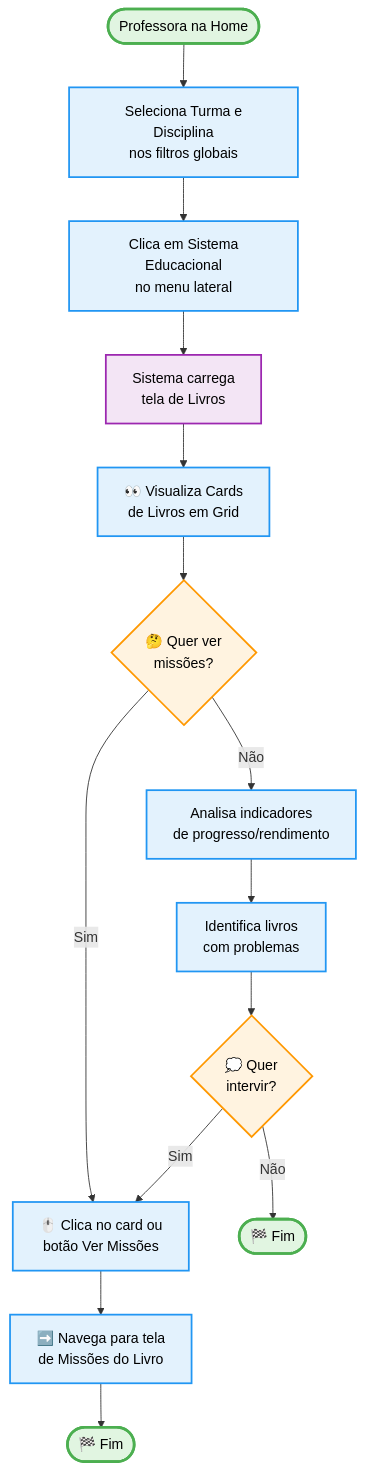
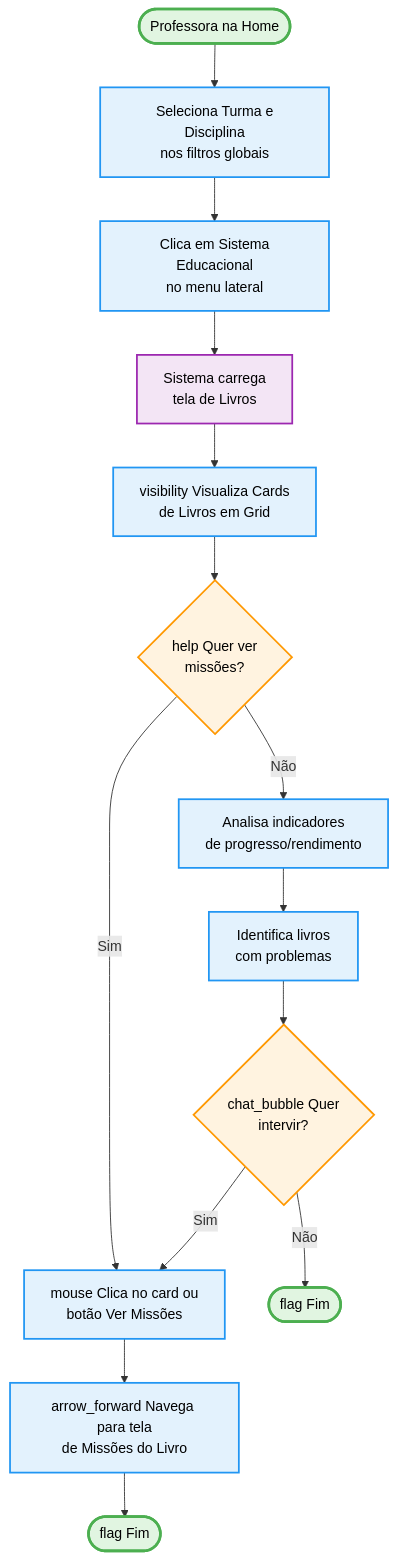
Before and after one commit to fabioeducacross/Ambiente_de_Prototipacao_V5: the diagram in documentation/docs/journeys/teacher/education-system-books.md, drawn with Mermaid. The commit also changed other lines of this file and 46 other files, not shown here.

First line of the commit message:
feat: substitui emojis por Material Symbols icons na wiki

````diff
--- a/documentation/docs/journeys/teacher/education-system-books.md
+++ b/documentation/docs/journeys/teacher/education-system-books.md
@@ -73,31 +73,31 @@
 ```mermaid
 graph TD
     Start([<IconHome /> Professora na Home]) --> SelectFilters[<IconClipboard /> Seleciona Turma e Disciplina<br/>nos filtros globais]
     SelectFilters --> ClickMenu[<IconBooks /> Clica em Sistema Educacional<br/>no menu lateral]
     ClickMenu --> LoadBooks[<IconSettings /> Sistema carrega<br/>tela de Livros]
-    LoadBooks --> ViewGrid[👀 Visualiza Cards<br/>de Livros em Grid]
+    LoadBooks --> ViewGrid[<span class="material-symbols-outlined">visibility</span> Visualiza Cards<br/>de Livros em Grid]
     
-    ViewGrid --> Decision1{🤔 Quer ver<br/>missões?}
+    ViewGrid --> Decision1{<span class="material-symbols-outlined">help</span> Quer ver<br/>missões?}
     
-    Decision1 -->|<IconCheck /> Sim| ClickCard[🖱️ Clica no card ou<br/>botão Ver Missões]
+    Decision1 -->|<IconCheck /> Sim| ClickCard[<span class="material-symbols-outlined">mouse</span> Clica no card ou<br/>botão Ver Missões]
     Decision1 -->|<IconX /> Não| AnalyzeMetrics[<IconChart /> Analisa indicadores<br/>de progresso/rendimento]
     
-    ClickCard --> Navigate[➡️ Navega para tela<br/>de Missões do Livro]
+    ClickCard --> Navigate[<span class="material-symbols-outlined">arrow_forward</span> Navega para tela<br/>de Missões do Livro]
     
     AnalyzeMetrics --> Identify[<IconWarning /> Identifica livros<br/>com problemas]
-    Identify --> Decision2{💭 Quer<br/>intervir?}
+    Identify --> Decision2{<span class="material-symbols-outlined">chat_bubble</span> Quer<br/>intervir?}
     
     Decision2 -->|<IconCheck /> Sim| ClickCard
-    Decision2 -->|<IconX /> Não| End1([🏁 Fim])
-    Navigate --> End2([🏁 Fim])
+    Decision2 -->|<IconX /> Não| End1([<span class="material-symbols-outlined">flag</span> Fim])
+    Navigate --> End2([<span class="material-symbols-outlined">flag</span> Fim])
     
     classDef startEnd fill:#e1f5e1,stroke:#4caf50,stroke-width:3px,color:#000
     classDef action fill:#e3f2fd,stroke:#2196f3,stroke-width:2px,color:#000
     classDef decision fill:#fff3e0,stroke:#ff9800,stroke-width:2px,color:#000
     classDef system fill:#f3e5f5,stroke:#9c27b0,stroke-width:2px,color:#000
     
     class Start,End1,End2 startEnd
     class SelectFilters,ClickMenu,ViewGrid,ClickCard,AnalyzeMetrics,Identify,Navigate action
     class Decision1,Decision2 decision
     class LoadBooks system
 ```
````
